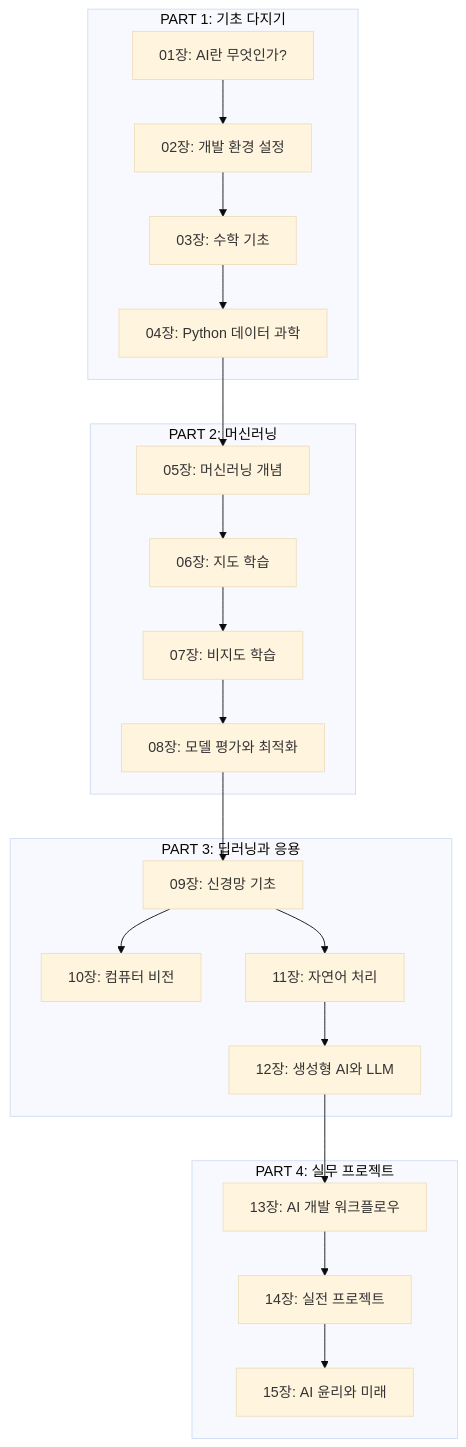
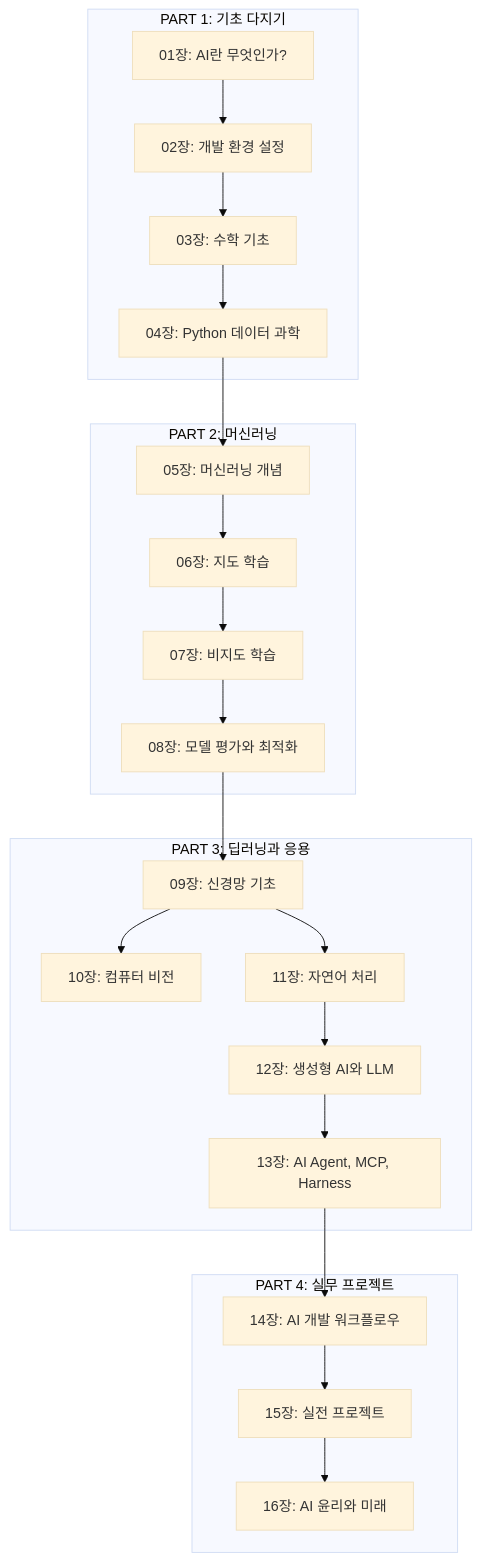
Before and after one commit to jingu279/Document: the second of 19 diagrams in ai-programming/README.md, drawn with Mermaid (base theme). The commit also changed other lines of this file and 5 other files, not shown here.

````diff
--- a/ai-programming/README.md
+++ b/ai-programming/README.md
@@ -47,35 +47,36 @@
 ```mermaid
 flowchart TB
   subgraph Part1[PART 1: 기초 다지기]
     Ch01["01장: AI란 무엇인가?"]
     Ch02["02장: 개발 환경 설정"]
     Ch03["03장: 수학 기초"]
     Ch04["04장: Python 데이터 과학"]
   end
 
   subgraph Part2[PART 2: 머신러닝]
     Ch05["05장: 머신러닝 개념"]
     Ch06["06장: 지도 학습"]
     Ch07["07장: 비지도 학습"]
     Ch08["08장: 모델 평가와 최적화"]
   end
 
   subgraph Part3[PART 3: 딥러닝과 응용]
     Ch09["09장: 신경망 기초"]
     Ch10["10장: 컴퓨터 비전"]
     Ch11["11장: 자연어 처리"]
     Ch12["12장: 생성형 AI와 LLM"]
+    Ch13["13장: AI Agent, MCP, Harness"]
   end
 
   subgraph Part4[PART 4: 실무 프로젝트]
-    Ch13["13장: AI 개발 워크플로우"]
-    Ch14["14장: 실전 프로젝트"]
-    Ch15["15장: AI 윤리와 미래"]
+    Ch14["14장: AI 개발 워크플로우"]
+    Ch15["15장: 실전 프로젝트"]
+    Ch16["16장: AI 윤리와 미래"]
   end
 
   Ch01 --> Ch02 --> Ch03 --> Ch04
   Ch04 --> Ch05 --> Ch06 --> Ch07 --> Ch08
   Ch08 --> Ch09 --> Ch10
   Ch09 --> Ch11 --> Ch12
-  Ch12 --> Ch13 --> Ch14 --> Ch15
+  Ch12 --> Ch13 --> Ch14 --> Ch15 --> Ch16
 ```
````
